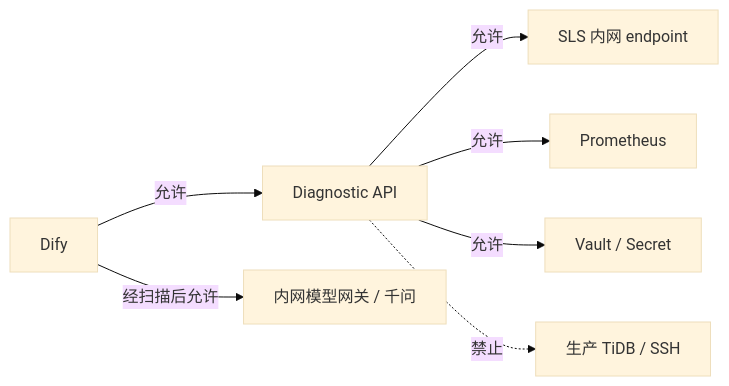
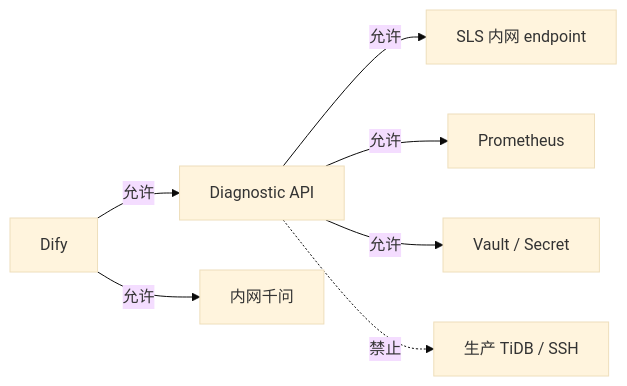
Before and after one commit to yangzhengjie/tidb-diag: the tenth of 10 diagrams in docs/tidb-diag-agent-technical-design.md, drawn with Mermaid (base theme). The commit also changed other lines of this file and 1 other file, not shown here.

````diff
--- a/docs/tidb-diag-agent-technical-design.md
+++ b/docs/tidb-diag-agent-technical-design.md
@@ -985,9 +954,9 @@
 ```mermaid
 flowchart LR
     Dify["Dify"] -->|允许| API["Diagnostic API"]
-    Dify -->|经扫描后允许| Model["内网模型网关 / 千问"]
+    Dify -->|允许| Model["内网千问"]
     API -->|允许| SLS["SLS 内网 endpoint"]
     API -->|允许| Prom["Prometheus"]
     API -->|允许| Vault["Vault / Secret"]
     API -.->|禁止| Prod["生产 TiDB / SSH"]
 ```
````
